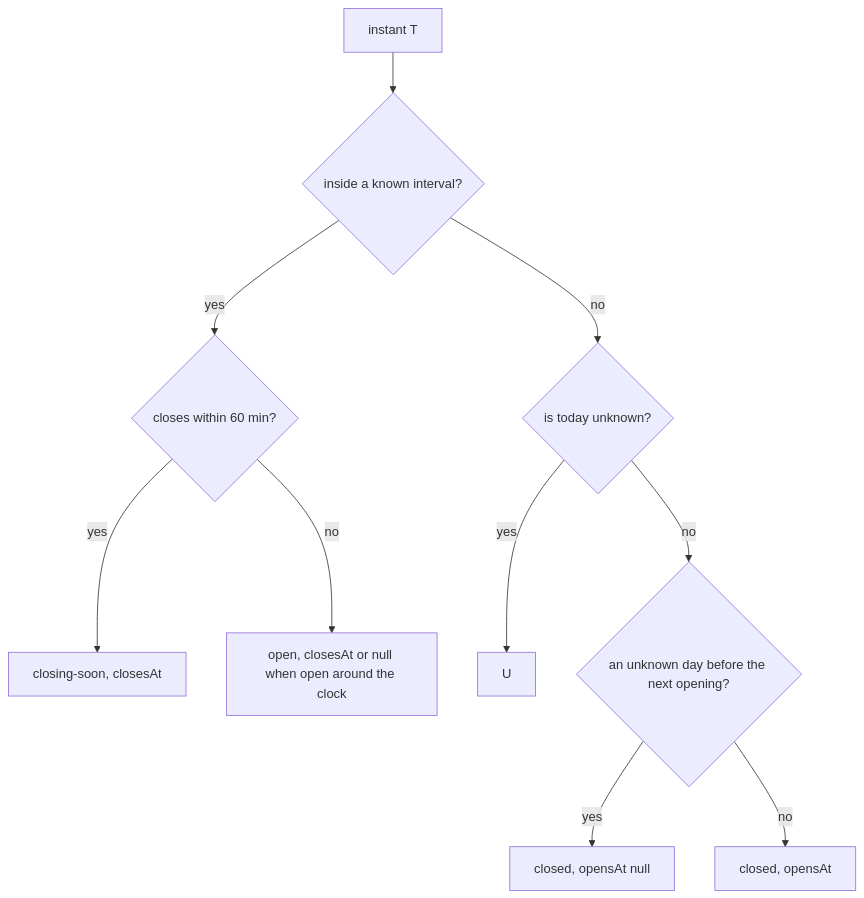
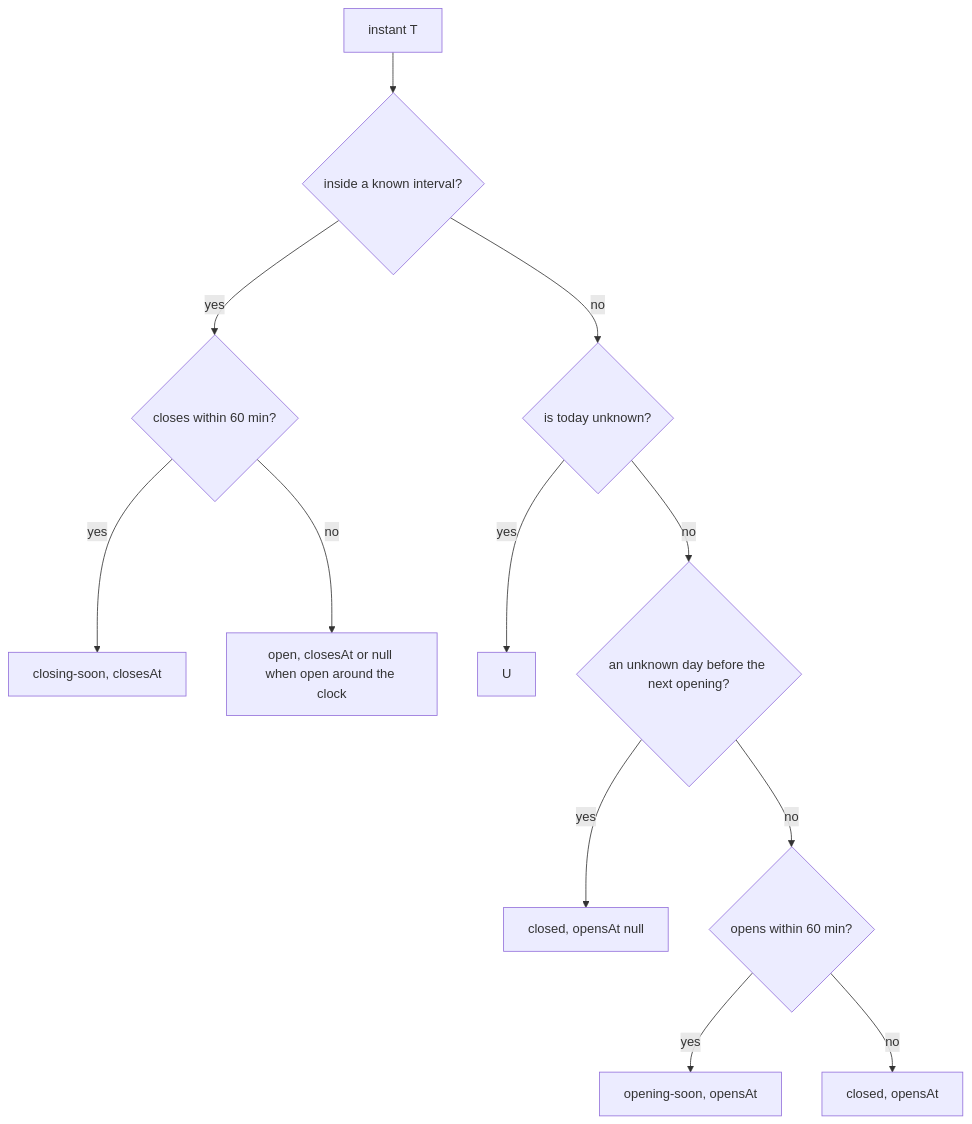
Before and after one commit to OffCrazyFreak/Disscount: the first of 2 diagrams in docs/STORE-HOURS.md, drawn with Mermaid. The commit also changed other lines of this file, not shown here.

````diff
--- a/docs/STORE-HOURS.md
+++ b/docs/STORE-HOURS.md
@@ -74,12 +74,14 @@
 ```mermaid
 flowchart TD
   A[instant T] --> C{inside a known interval?}
   C -->|yes| D{closes within 60 min?}
   D -->|yes| S[closing-soon, closesAt]
   D -->|no| O[open, closesAt or null when open around the clock]
   C -->|no| E{is today unknown?}
   E -->|yes| U
   E -->|no| F{an unknown day before the next opening?}
   F -->|yes| X[closed, opensAt null]
-  F -->|no| Y[closed, opensAt]
+  F -->|no| G{opens within 60 min?}
+  G -->|yes| P[opening-soon, opensAt]
+  G -->|no| Y[closed, opensAt]
 ```
````
